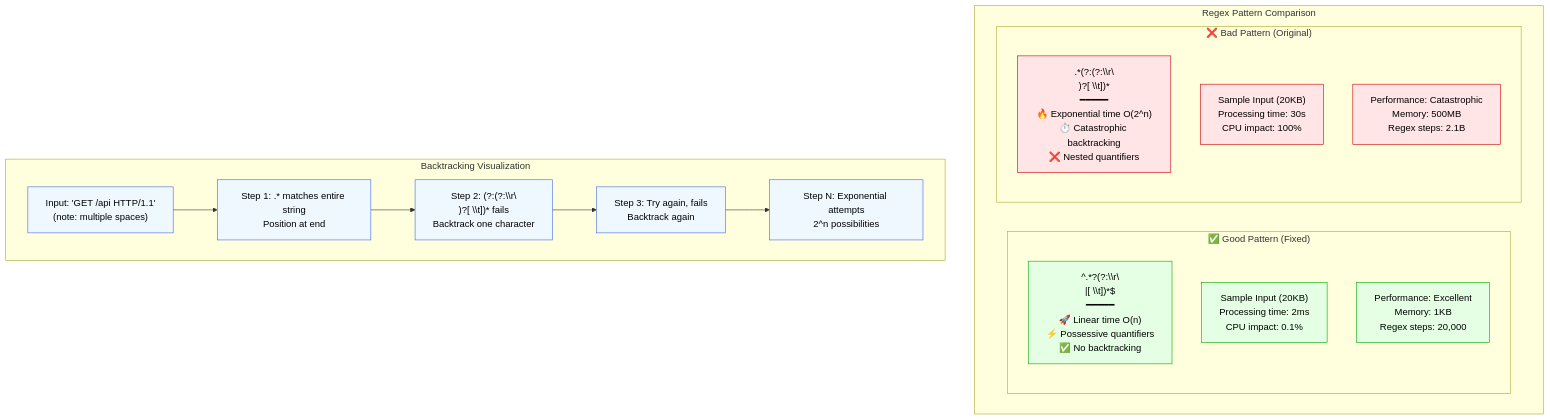
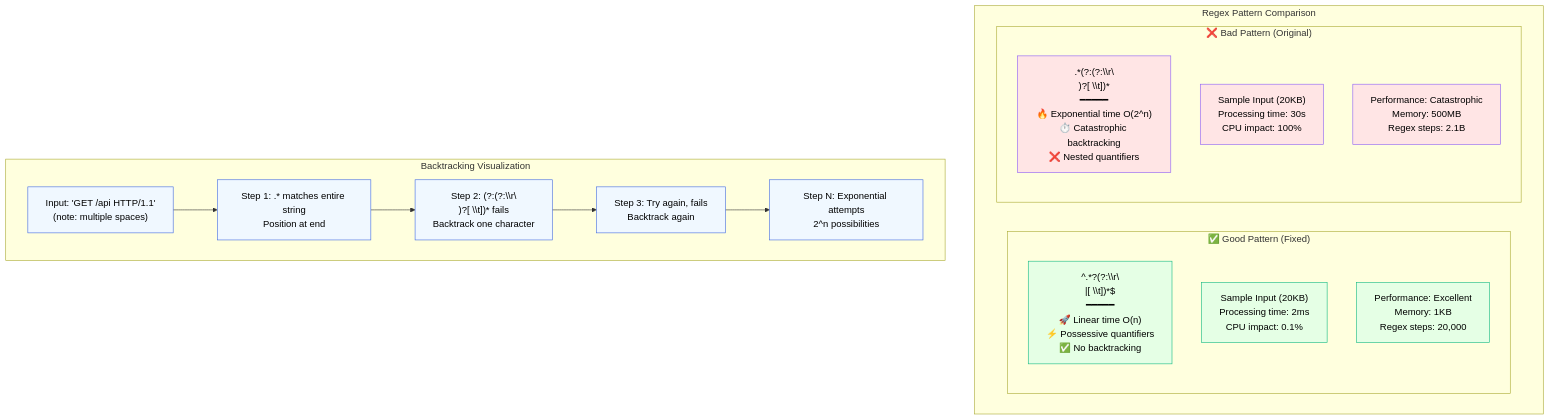
Before and after one commit to deepaucksharma/DS: the second of 2 diagrams in site/docs/incidents/cloudflare-2019.md, drawn with Mermaid. The commit also changed other lines of this file and 303 other files, not shown here.

````diff
--- a/site/docs/incidents/cloudflare-2019.md
+++ b/site/docs/incidents/cloudflare-2019.md
@@ -211,44 +211,44 @@
 ```mermaid
 graph TB
     subgraph RegexComparison["Regex Pattern Comparison"]
 
         subgraph GoodRegex["✅ Good Pattern (Fixed)"]
             GoodPattern["^.*?(?:\\r\\n|[ \\t])*$<br/>━━━━━<br/>🚀 Linear time O(n)<br/>⚡ Possessive quantifiers<br/>✅ No backtracking"]
 
             GoodInput["Sample Input (20KB)<br/>Processing time: 2ms<br/>CPU impact: 0.1%"]
 
             GoodPerformance["Performance: Excellent<br/>Memory: 1KB<br/>Regex steps: 20,000"]
         end
 
         subgraph BadRegex["❌ Bad Pattern (Original)"]
             BadPattern[".*(?:(?:\\r\\n)?[ \\t])*<br/>━━━━━<br/>🔥 Exponential time O(2^n)<br/>⏱️ Catastrophic backtracking<br/>❌ Nested quantifiers"]
 
             BadInput["Sample Input (20KB)<br/>Processing time: 30s<br/>CPU impact: 100%"]
 
             BadPerformance["Performance: Catastrophic<br/>Memory: 500MB<br/>Regex steps: 2.1B"]
         end
     end
 
     subgraph BacktrackingExample["Backtracking Visualization"]
         Input["Input: 'GET /api        HTTP/1.1'<br/>(note: multiple spaces)"]
 
         Step1["Step 1: .* matches entire string<br/>Position at end"]
         Step2["Step 2: (?:(?:\\r\\n)?[ \\t])* fails<br/>Backtrack one character"]
         Step3["Step 3: Try again, fails<br/>Backtrack again"]
         StepN["Step N: Exponential attempts<br/>2^n possibilities"]
 
         Input --> Step1
         Step1 --> Step2
         Step2 --> Step3
         Step3 --> StepN
     end
 
     %% Style the comparison
-    classDef goodStyle fill:#E5FFE5,stroke:#00AA00,color:#000
-    classDef badStyle fill:#FFE5E5,stroke:#CC0000,color:#000
+    classDef goodStyle fill:#E5FFE5,stroke:#10B981,color:#000
+    classDef badStyle fill:#FFE5E5,stroke:#8B5CF6,color:#000
     classDef exampleStyle fill:#F0F8FF,stroke:#4169E1,color:#000
 
     class GoodPattern,GoodInput,GoodPerformance goodStyle
     class BadPattern,BadInput,BadPerformance badStyle
     class Input,Step1,Step2,Step3,StepN exampleStyle
 ```
````
